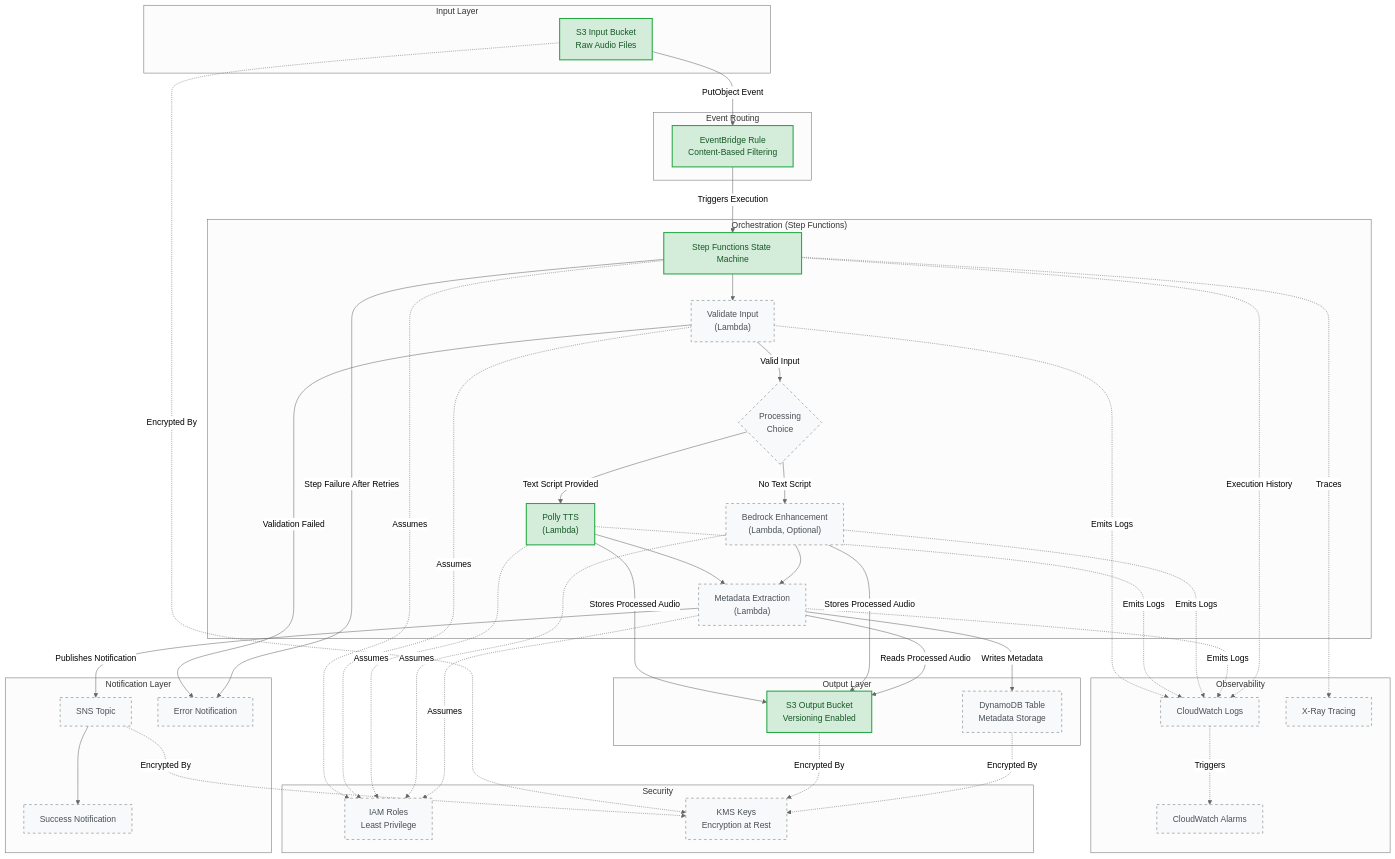
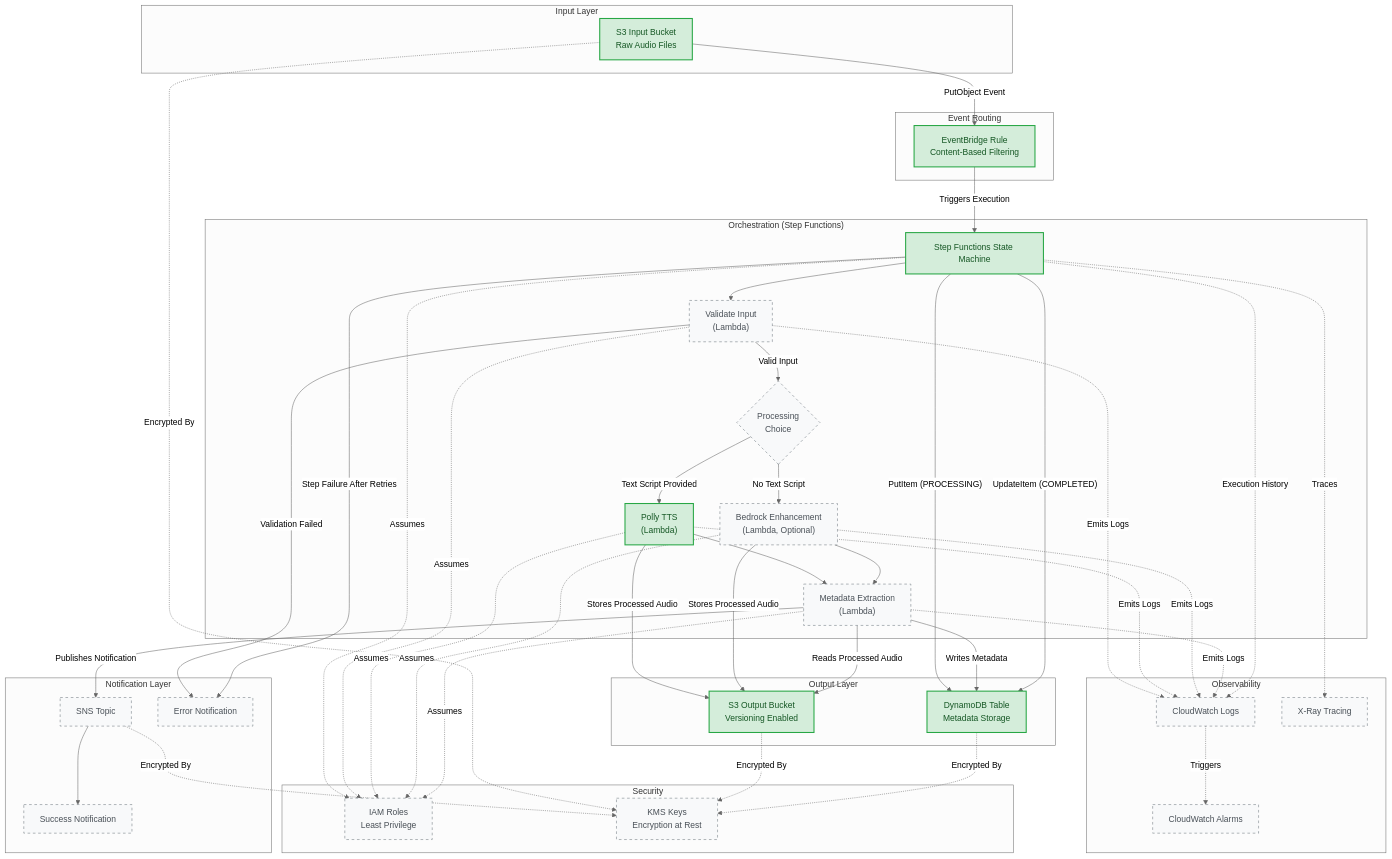
Before and after one commit to obstreperous-ai/cdk-sleep-java-kiro: the diagram in ARCHITECTURE.md, drawn with Mermaid (neutral theme). The commit also changed other lines of this file and 5 other files, not shown here.

First line of the commit message:
feat: add DynamoDB metadata table with Step Functions PutItem/UpdateItem integration

```diff
--- a/ARCHITECTURE.md
+++ b/ARCHITECTURE.md
@@ -263,6 +267,7 @@
     S3Input -->|"PutObject Event"| EBRule
     EBRule -->|"Triggers Execution"| SFN
     SFN --> Validate
+    SFN -->|"PutItem (PROCESSING)"| DDB
     Validate -->|"Valid Input"| Choice
     Choice -->|"Text Script Provided"| PollyTTS
     Choice -->|"No Text Script"| BedrockEnhance
@@ -272,6 +277,7 @@
     BedrockEnhance --> MetadataExtract
     MetadataExtract -->|"Reads Processed Audio"| S3Output
     MetadataExtract -->|"Writes Metadata"| DDB
+    SFN -->|"UpdateItem (COMPLETED)"| DDB
     MetadataExtract -->|"Publishes Notification"| SNSTopic
     SNSTopic --> SuccessPath
 
@@ -303,8 +309,8 @@
     classDef implemented fill:#d4edda,stroke:#28a745,stroke-width:2px,color:#155724
     classDef planned fill:#f8f9fa,stroke:#6c757d,stroke-width:1px,stroke-dasharray:5 5,color:#495057
 
-    class S3Input,S3Output,EBRule,SFN,PollyTTS implemented
-    class Validate,Choice,BedrockEnhance,MetadataExtract,DDB,SNSTopic,SuccessPath,ErrorPath,CWLogs,CWAlarms,XRay,IAMRoles,KMSKeys planned
+    class S3Input,S3Output,EBRule,SFN,PollyTTS,DDB implemented
+    class Validate,Choice,BedrockEnhance,MetadataExtract,SNSTopic,SuccessPath,ErrorPath,CWLogs,CWAlarms,XRay,IAMRoles,KMSKeys planned
 
     %% Legend:
     %% Green (solid border) = Implemented
```
